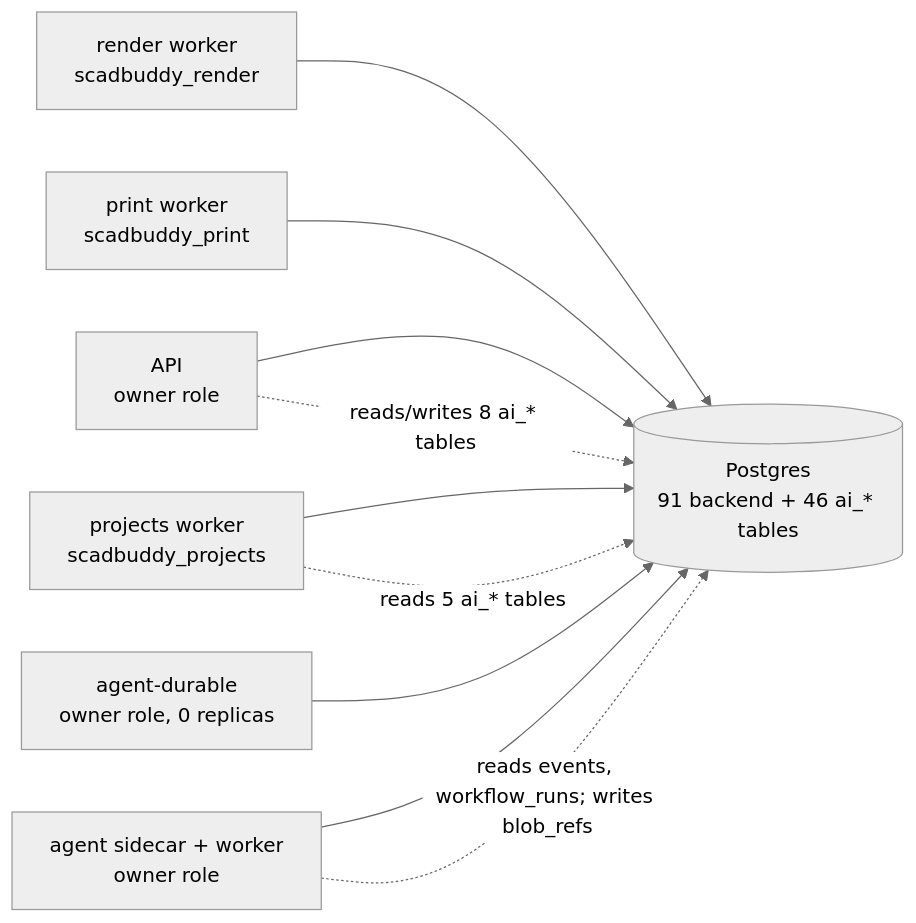
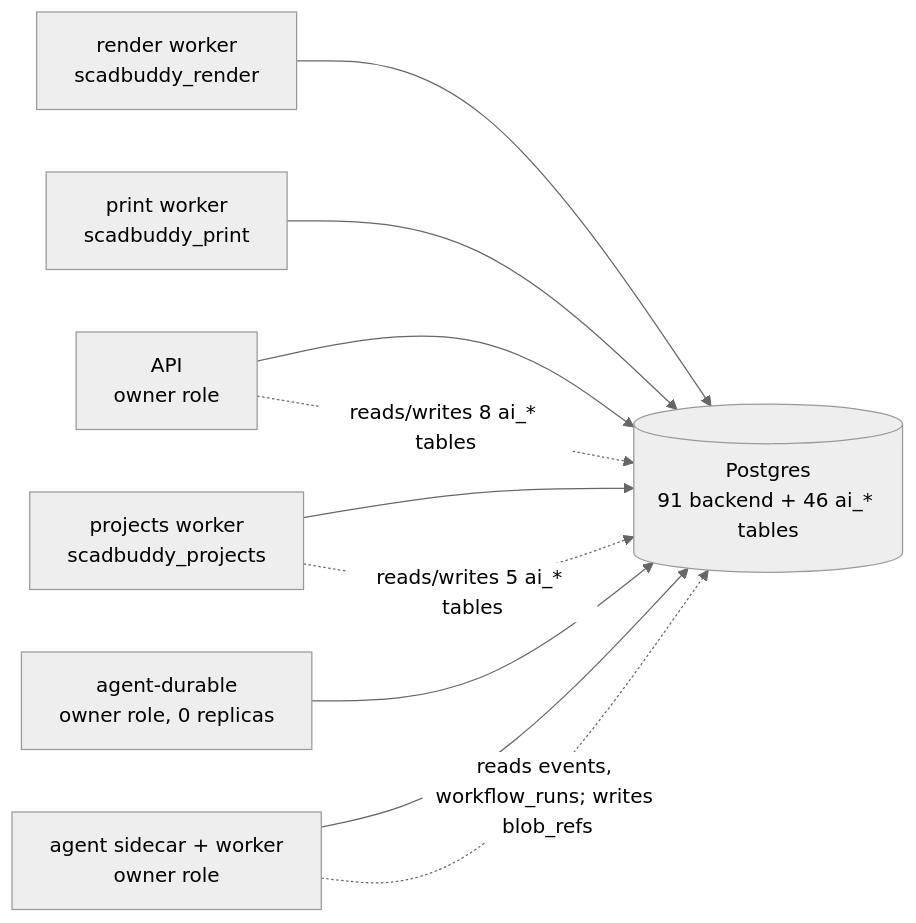
The first of 2 diagrams in docs/security/trust-boundaries.md (eh-homelab/ScadBuddy), drawn with Mermaid (neutral theme) before and after one commit.

Commit message:
docs: the projects worker also writes ai_payload_keys (#5301)
From the #5304 review.

````diff
--- a/docs/security/trust-boundaries.md
+++ b/docs/security/trust-boundaries.md
@@ -131,12 +131,12 @@
 ```mermaid
 flowchart LR
   API[API<br/>owner role] --> DB[(Postgres<br/>91 backend + 46 ai_* tables)]
   R[render worker<br/>scadbuddy_render] --> DB
   P[print worker<br/>scadbuddy_print] --> DB
   J[projects worker<br/>scadbuddy_projects] --> DB
   A[agent sidecar + worker<br/>owner role] --> DB
   D[agent-durable<br/>owner role, 0 replicas] --> DB
   API -.reads/writes 8 ai_* tables.-> DB
-  J -.reads 5 ai_* tables.-> DB
+  J -.reads/writes 5 ai_* tables.-> DB
   A -.reads events, workflow_runs; writes blob_refs.-> DB
 ```
````
